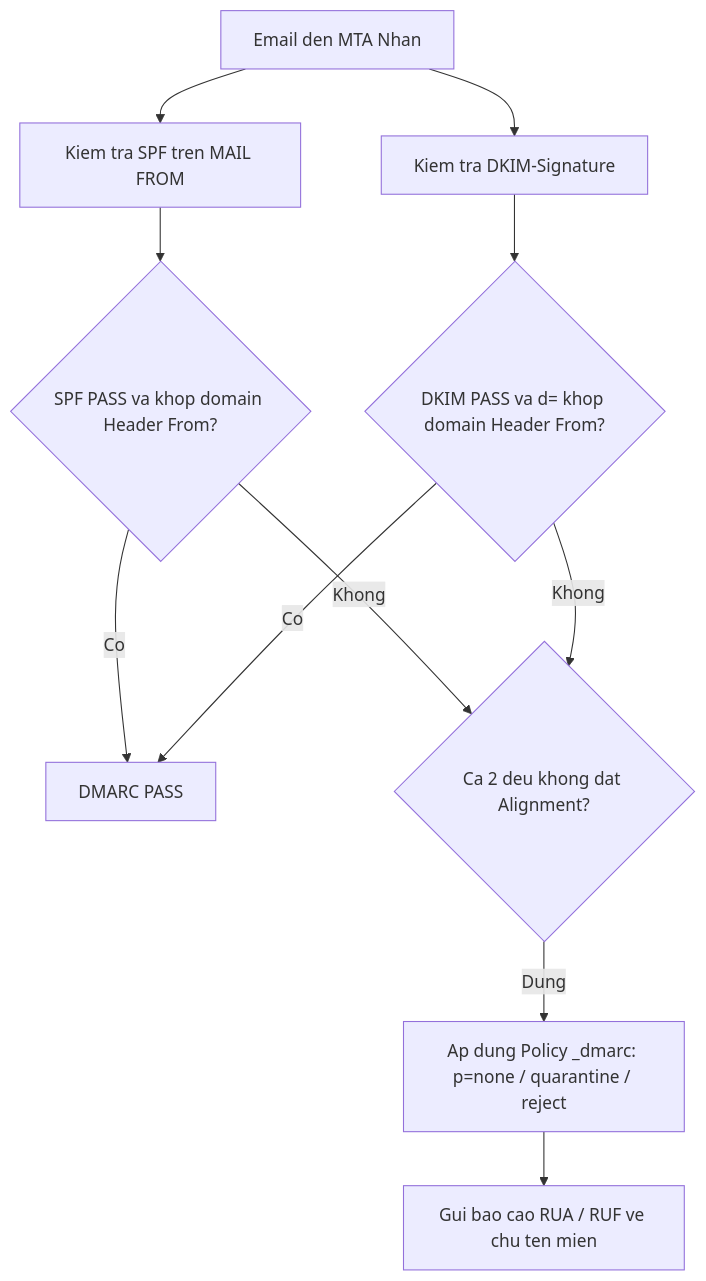
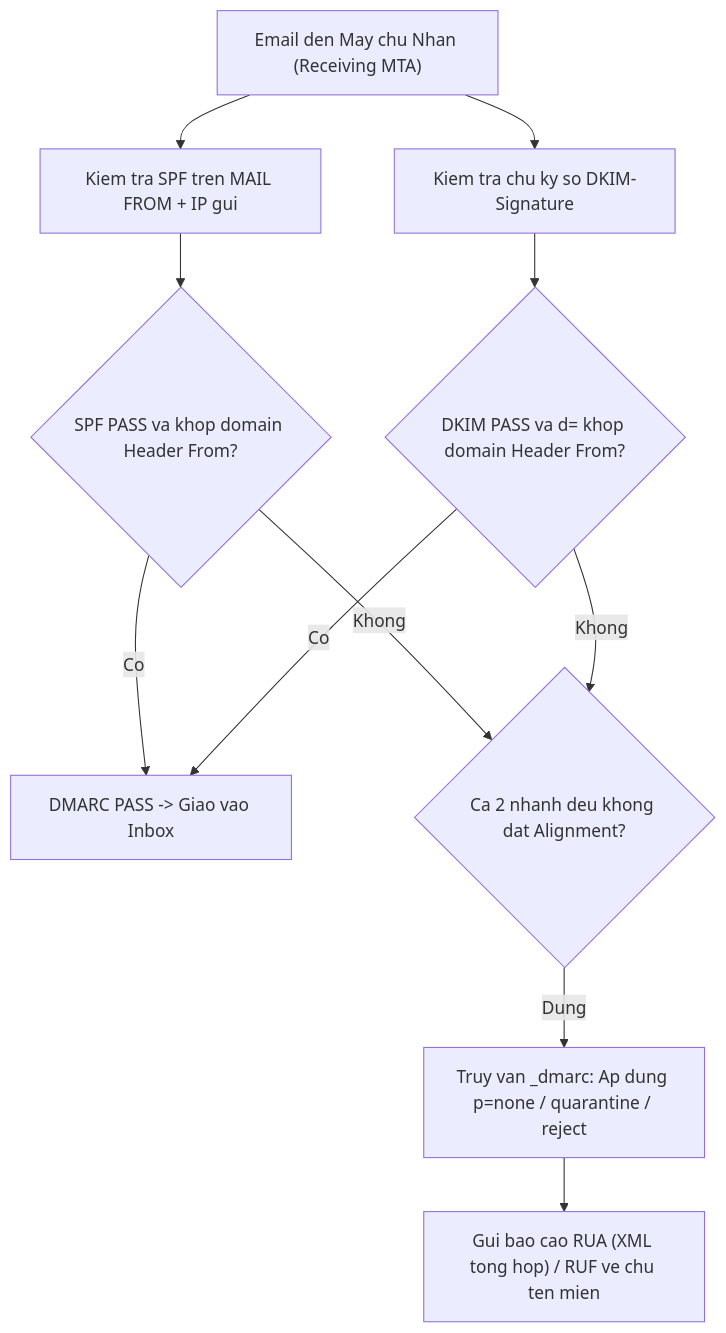
The second of 2 diagrams in report/03_chuong3_spf_dkim_dmarc.md (20120397/Group20_Topic24_ANMT), drawn with Mermaid before and after one commit. The commit also changed other lines of this file and 1 other file, not shown here.

Commit message:
docs(report): complete Chapter 3 SPF/DKIM/DMARC with live audit data and flow diagram

````diff
--- a/report/03_chuong3_spf_dkim_dmarc.md
+++ b/report/03_chuong3_spf_dkim_dmarc.md
@@ -51,13 +161,13 @@
 ```mermaid
 flowchart TD
-    Email["Email den MTA Nhan"] --> SPFCheck["Kiem tra SPF tren MAIL FROM"]
-    Email --> DKIMCheck["Kiem tra DKIM-Signature"]
+    Email["Email den May chu Nhan (Receiving MTA)"] --> SPFCheck["Kiem tra SPF tren MAIL FROM + IP gui"]
+    Email --> DKIMCheck["Kiem tra chu ky so DKIM-Signature"]
     SPFCheck --> AlignSPF{"SPF PASS va khop domain Header From?"}
     DKIMCheck --> AlignDKIM{"DKIM PASS va d= khop domain Header From?"}
-    AlignSPF -->|"Co"| Pass["DMARC PASS"]
+    AlignSPF -->|"Co"| Pass["DMARC PASS -> Giao vao Inbox"]
     AlignDKIM -->|"Co"| Pass
-    AlignSPF -->|"Khong"| BothFail{"Ca 2 deu khong dat Alignment?"}
+    AlignSPF -->|"Khong"| BothFail{"Ca 2 nhanh deu khong dat Alignment?"}
     AlignDKIM -->|"Khong"| BothFail
-    BothFail -->|"Dung"| Policy["Ap dung Policy _dmarc: p=none / quarantine / reject"]
-    Policy --> Report["Gui bao cao RUA / RUF ve chu ten mien"]
+    BothFail -->|"Dung"| Policy["Truy van _dmarc: Ap dung p=none / quarantine / reject"]
+    Policy --> Report["Gui bao cao RUA (XML tong hop) / RUF ve chu ten mien"]
 ```
````
